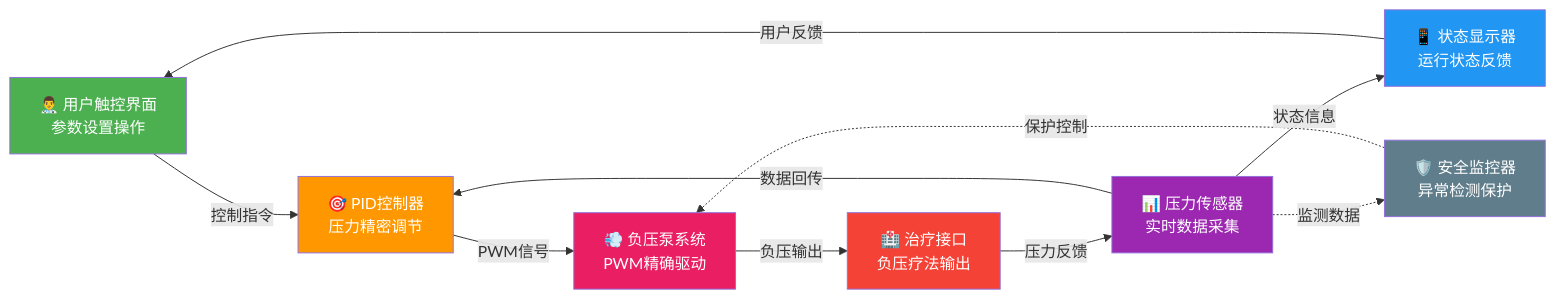
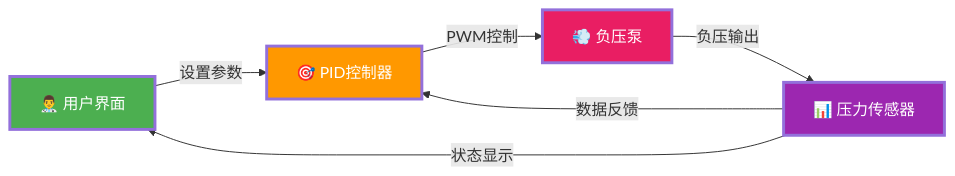
The second of 2 diagrams in README.md (Owen1B/PressureCare), drawn with Mermaid before and after one commit. The commit also changed other lines of this file, not shown here.

````diff
--- a/README.md
+++ b/README.md
@@ -70,30 +43,18 @@
 ```mermaid
 graph LR
-    A[👨‍⚕️ 用户触控界面<br/>参数设置操作] 
-    B[🎯 PID控制器<br/>压力精密调节]
-    C[💨 负压泵系统<br/>PWM精确驱动]
-    D[🏥 治疗接口<br/>负压疗法输出]
-    E[📊 压力传感器<br/>实时数据采集] 
-    F[📱 状态显示器<br/>运行状态反馈]
+    A[👨‍⚕️ 用户界面] 
+    B[🎯 PID控制器]
+    C[💨 负压泵]
+    D[📊 压力传感器] 
     
-    A -->|控制指令| B
-    B -->|PWM信号| C  
+    A -->|设置参数| B
+    B -->|PWM控制| C  
     C -->|负压输出| D
-    D -->|压力反馈| E
-    E -->|数据回传| B
-    E -->|状态信息| F
-    F -->|用户反馈| A
+    D -->|数据反馈| B
+    D -->|状态显示| A
     
-    %% 安全保护系统
-    G[🛡️ 安全监控器<br/>异常检测保护]
-    G -.->|保护控制| C
-    E -.->|监测数据| G
-    
-    style A fill:#4CAF50,color:#fff
-    style B fill:#FF9800,color:#fff  
-    style C fill:#E91E63,color:#fff
-    style D fill:#F44336,color:#fff
-    style E fill:#9C27B0,color:#fff
-    style F fill:#2196F3,color:#fff
-    style G fill:#607D8B,color:#fff
+    style A fill:#4CAF50,color:#fff,stroke-width:3px
+    style B fill:#FF9800,color:#fff,stroke-width:3px  
+    style C fill:#E91E63,color:#fff,stroke-width:3px
+    style D fill:#9C27B0,color:#fff,stroke-width:3px
 ```
````
